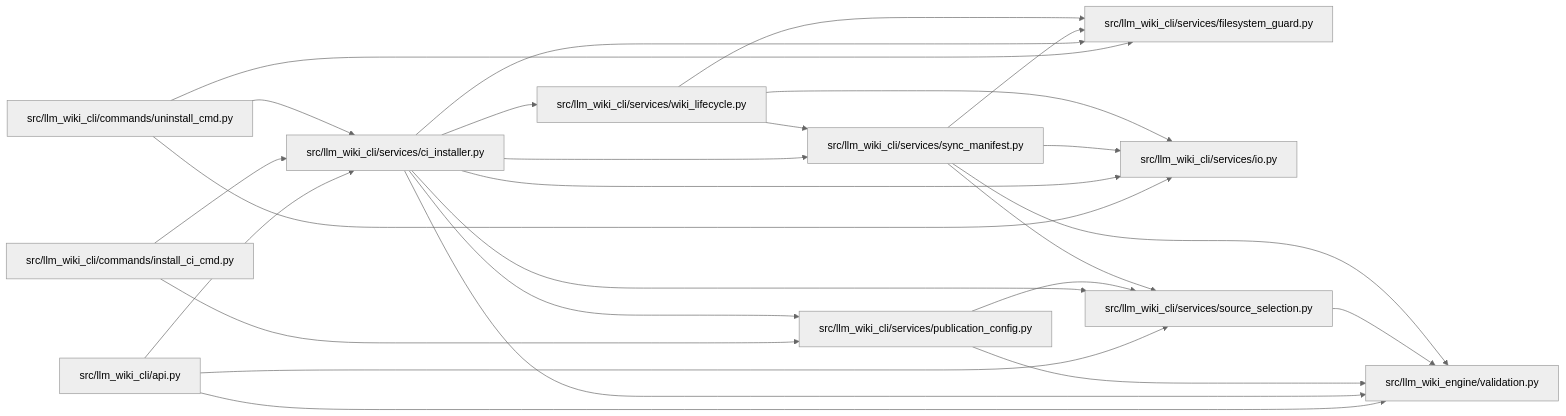
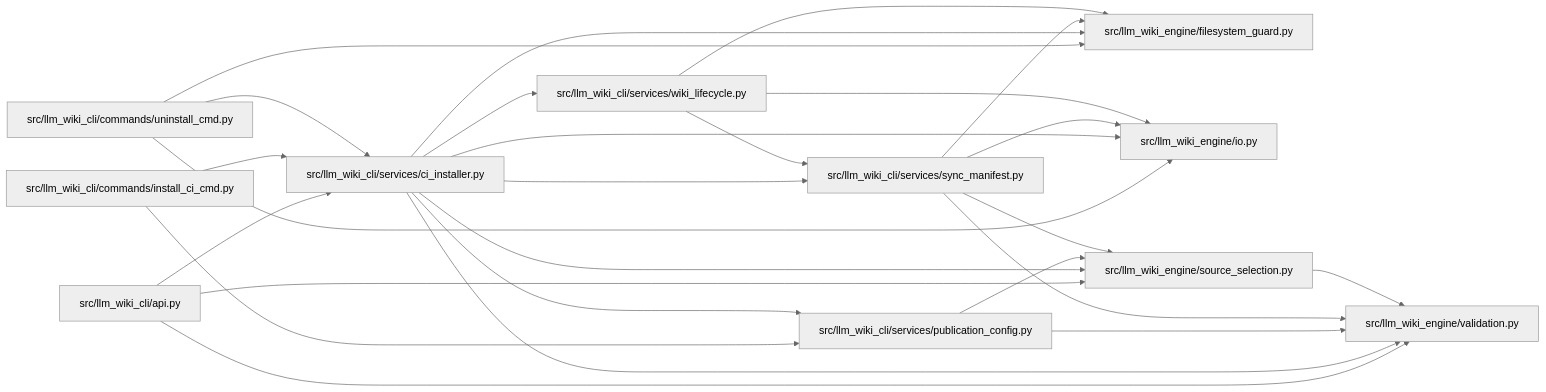
Before and after one commit to Denissvgn/python-wiki-llm: the diagram in docs/llm_wiki/modules/ci_installer.md, drawn with Mermaid (neutral theme). The commit also changed other lines of this file and 739 other files, not shown here.

First line of the commit message:
docs: refresh the wiki for the second engine batch

````diff
--- a/docs/llm_wiki/modules/ci_installer.md
+++ b/docs/llm_wiki/modules/ci_installer.md
@@ -31,50 +31,50 @@
 ```mermaid
 flowchart LR
     n0["src/llm_wiki_cli/api.py"]
     n1["src/llm_wiki_cli/commands/install_ci_cmd.py"]
     n2["src/llm_wiki_cli/commands/uninstall_cmd.py"]
     n3["src/llm_wiki_cli/services/ci_installer.py"]
-    n4["src/llm_wiki_cli/services/filesystem_guard.py"]
-    n5["src/llm_wiki_cli/services/io.py"]
-    n6["src/llm_wiki_cli/services/publication_config.py"]
-    n7["src/llm_wiki_cli/services/source_selection.py"]
-    n8["src/llm_wiki_cli/services/sync_manifest.py"]
-    n9["src/llm_wiki_cli/services/wiki_lifecycle.py"]
+    n4["src/llm_wiki_cli/services/publication_config.py"]
+    n5["src/llm_wiki_cli/services/sync_manifest.py"]
+    n6["src/llm_wiki_cli/services/wiki_lifecycle.py"]
+    n7["src/llm_wiki_engine/filesystem_guard.py"]
+    n8["src/llm_wiki_engine/io.py"]
+    n9["src/llm_wiki_engine/source_selection.py"]
     n10["src/llm_wiki_engine/validation.py"]
     n0 --> n3
-    n0 --> n7
+    n0 --> n9
     n0 --> n10
     n1 --> n3
-    n1 --> n6
+    n1 --> n4
     n2 --> n3
-    n2 --> n4
-    n2 --> n5
+    n2 --> n7
+    n2 --> n8
     n3 --> n4
     n3 --> n5
     n3 --> n6
     n3 --> n7
     n3 --> n8
     n3 --> n9
     n3 --> n10
+    n4 --> n9
+    n4 --> n10
+    n5 --> n7
+    n5 --> n8
+    n5 --> n9
+    n5 --> n10
+    n6 --> n5
     n6 --> n7
-    n6 --> n10
-    n7 --> n10
-    n8 --> n4
-    n8 --> n5
-    n8 --> n7
-    n8 --> n10
-    n9 --> n4
-    n9 --> n5
-    n9 --> n8
+    n6 --> n8
+    n9 --> n10
     click n0 "../modules/api.md"
     click n1 "../modules/install_ci_cmd.md"
     click n2 "../modules/uninstall_cmd.md"
     click n3 "../modules/ci_installer.md"
-    click n4 "../modules/filesystem_guard.md"
-    click n5 "../modules/io.md"
-    click n6 "../modules/publication_config.md"
-    click n7 "../modules/source_selection.md"
-    click n8 "../modules/sync_manifest.md"
-    click n9 "../modules/wiki_lifecycle.md"
+    click n4 "../modules/publication_config.md"
+    click n5 "../modules/sync_manifest.md"
+    click n6 "../modules/wiki_lifecycle.md"
+    click n7 "../modules/filesystem_guard.md"
+    click n8 "../modules/io.md"
+    click n9 "../modules/source_selection.md"
     click n10 "../modules/validation.md"
 ```
````
